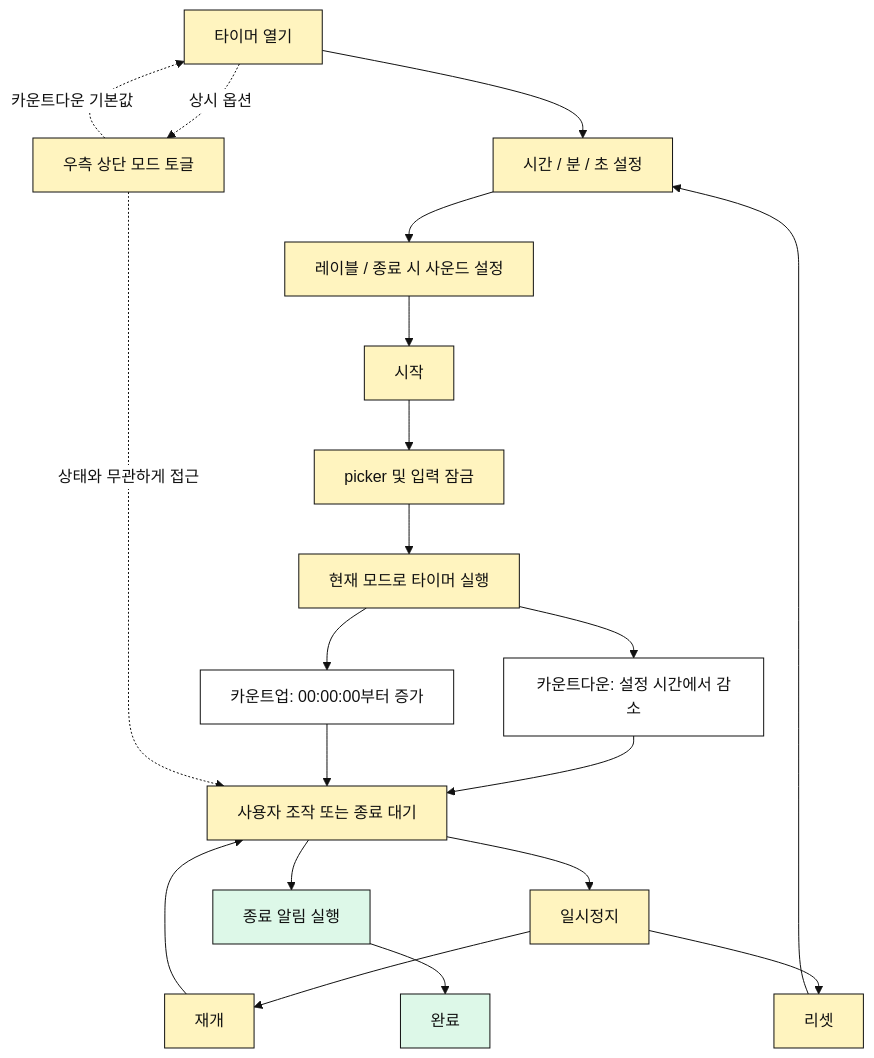
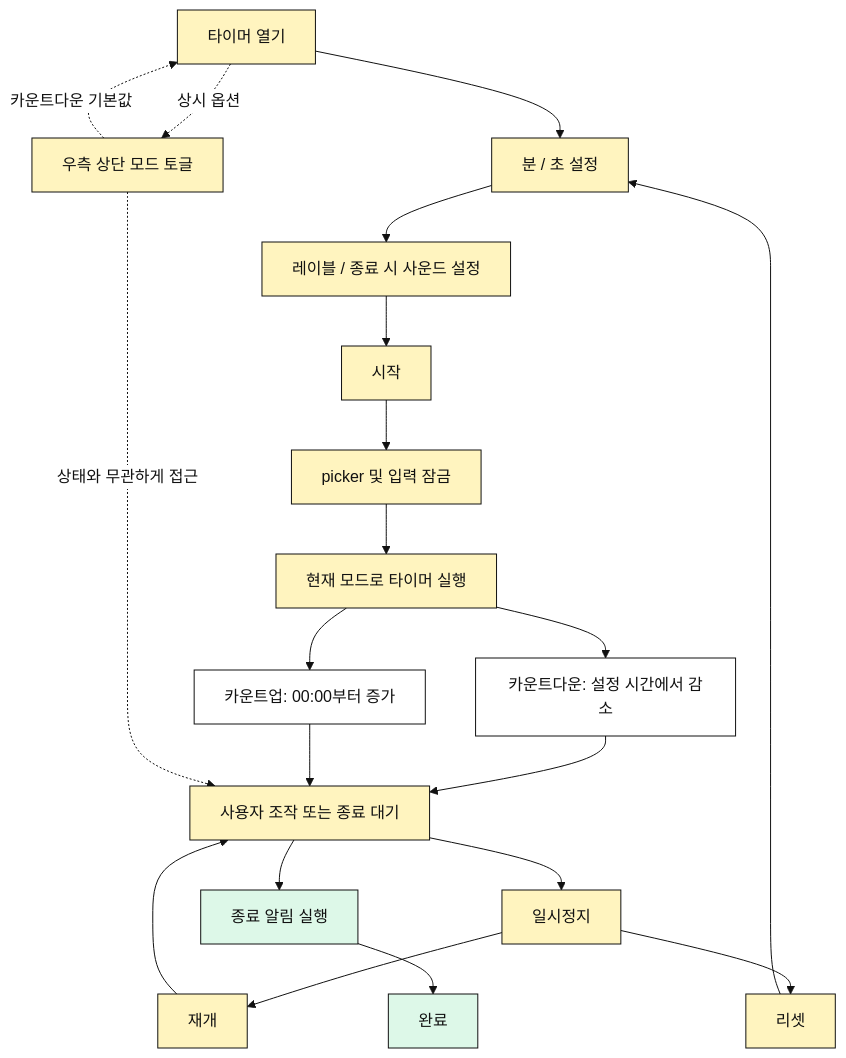
Before and after one commit to KalGookSoo/tempo: the diagram in docs/use-cases/timer.md, drawn with Mermaid. The commit also changed other lines of this file and 5 other files, not shown here.

````diff
--- a/docs/use-cases/timer.md
+++ b/docs/use-cases/timer.md
@@ -64,29 +64,29 @@
 ```mermaid
 %%{init: {"theme": "base", "themeVariables": {"background": "transparent", "primaryColor": "#FFFFFF", "primaryTextColor": "#111111", "primaryBorderColor": "#111111", "lineColor": "#111111", "tertiaryColor": "#F7F7F2"}}}%%
 flowchart TD
-  A["타이머 열기"] --> B["시간 / 분 / 초 설정"]
+  A["타이머 열기"] --> B["분 / 초 설정"]
   B --> B2["레이블 / 종료 시 사운드 설정"]
   B2 --> C["시작"]
   C --> D["picker 및 입력 잠금"]
   D --> E["현재 모드로 타이머 실행"]
   E --> F["카운트다운: 설정 시간에서 감소"]
-  E --> G["카운트업: 00:00:00부터 증가"]
+  E --> G["카운트업: 00:00부터 증가"]
   F --> H["사용자 조작 또는 종료 대기"]
   G --> H
   H --> I["일시정지"]
   I --> J["재개"]
   J --> H
   I --> K["리셋"]
   K --> B
   H --> L["종료 알림 실행"]
   L --> M["완료"]
   A -. "상시 옵션" .-> N["우측 상단 모드 토글"]
   N -. "카운트다운 기본값" .-> A
   N -. "상태와 무관하게 접근" .-> H
 
   classDef action fill:#FFF4BF,stroke:#111111,color:#111111;
   classDef done fill:#DDF8E8,stroke:#111111,color:#111111;
   classDef error fill:#FFE0E0,stroke:#111111,color:#111111;
   class A,B,B2,C,D,E,H,I,J,K,N action;
   class L,M done;
 ```
````
